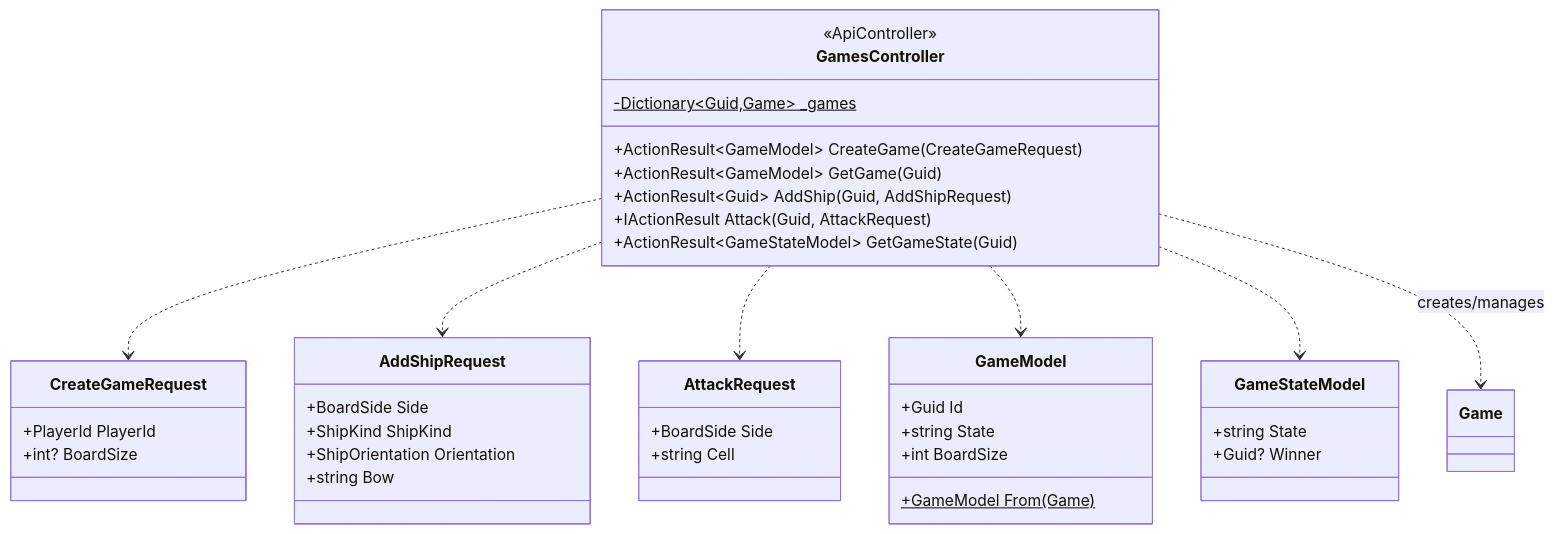
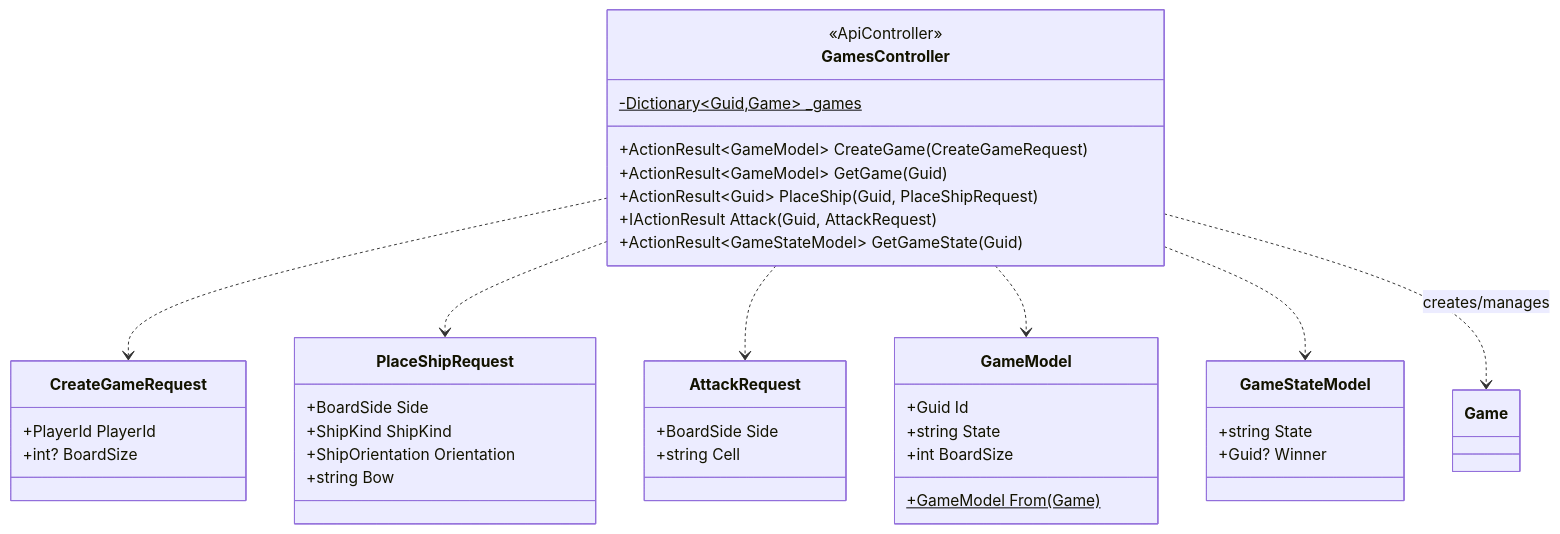
One commit to wahidshalaly/battleship-game changed the third of 3 diagrams in docs/design.md. Above: the diagram before and after it, drawn with Mermaid. The commit also changed other lines of this file and 38 other files, not shown here.

````diff
--- a/docs/design.md
+++ b/docs/design.md
@@ -222,50 +222,50 @@
 ```mermaid
 classDiagram
     %% Controllers
     class GamesController {
         <<ApiController>>
         -Dictionary~Guid,Game~ _games$
         +ActionResult~GameModel~ CreateGame(CreateGameRequest)
         +ActionResult~GameModel~ GetGame(Guid)
-        +ActionResult~Guid~ AddShip(Guid, AddShipRequest)
+        +ActionResult~Guid~ PlaceShip(Guid, PlaceShipRequest)
         +IActionResult Attack(Guid, AttackRequest)
         +ActionResult~GameStateModel~ GetGameState(Guid)
     }
 
     %% DTOs and Models
     class CreateGameRequest {
         +PlayerId PlayerId
         +int? BoardSize
     }
 
-    class AddShipRequest {
+    class PlaceShipRequest {
         +BoardSide Side
         +ShipKind ShipKind
         +ShipOrientation Orientation
         +string Bow
     }
 
     class AttackRequest {
         +BoardSide Side
         +string Cell
     }
 
     class GameModel {
         +Guid Id
         +string State
         +int BoardSize
         +GameModel From(Game)$
     }
 
     class GameStateModel {
         +string State
         +Guid? Winner
     }
 
     GamesController ..> CreateGameRequest
-    GamesController ..> AddShipRequest
+    GamesController ..> PlaceShipRequest
     GamesController ..> AttackRequest
     GamesController ..> GameModel
     GamesController ..> GameStateModel
     GamesController ..> Game : creates/manages
 ```
````
